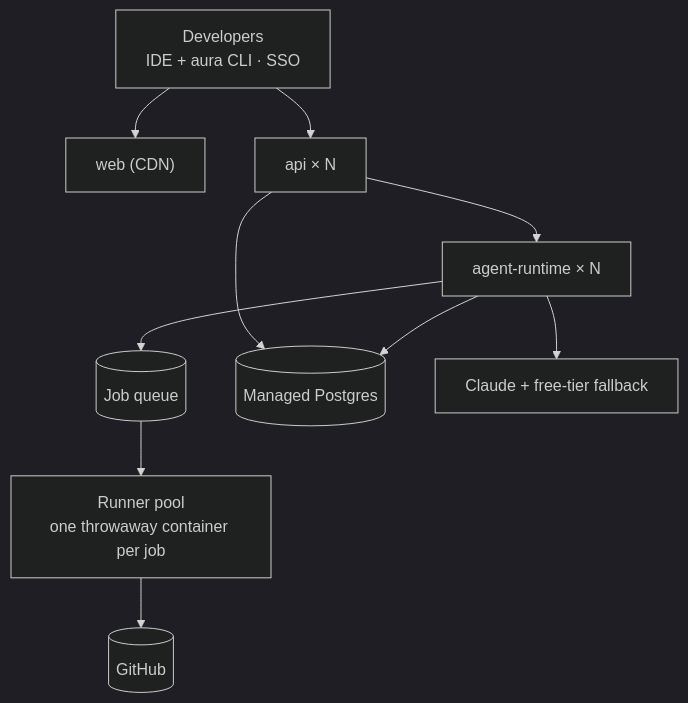
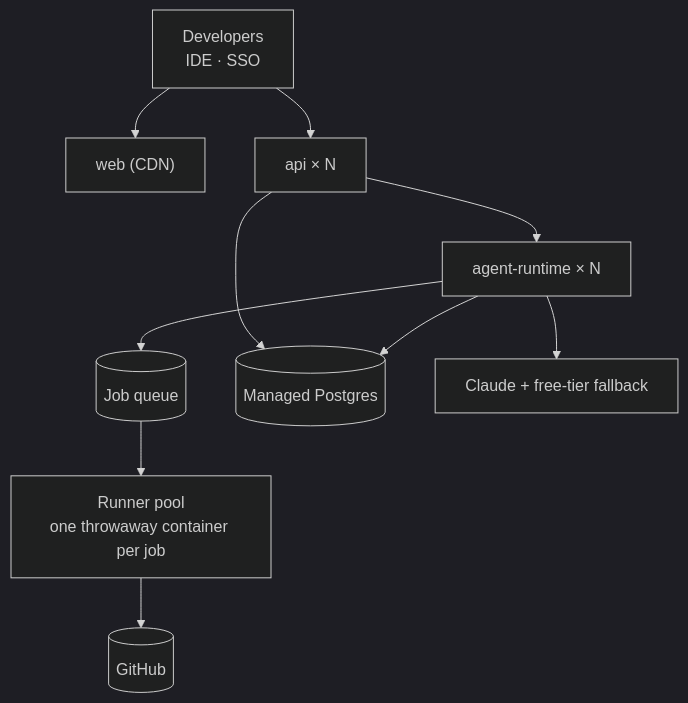
The first of 2 diagrams in docs/adr/0002-team-scale-deployment.md (HasithaErandika/aura), drawn with Mermaid (dark theme) before and after one commit. The commit also changed 27 other files, not shown here.

First line of the commit message:
feat: runtime state in Postgres (Part B); remove the aura CLI

````diff
--- a/docs/adr/0002-team-scale-deployment.md
+++ b/docs/adr/0002-team-scale-deployment.md
@@ -21,12 +21,12 @@
 ```mermaid
 flowchart TD
-    DEVS["Developers<br/>IDE + aura CLI · SSO"] --> WEB["web (CDN)"]
+    DEVS["Developers<br/>IDE · SSO"] --> WEB["web (CDN)"]
     DEVS --> API["api × N"]
     API --> RT["agent-runtime × N"]
     RT --> Q[("Job queue")]
     Q --> RUN["Runner pool<br/>one throwaway container per job"]
     RUN --> GIT[("GitHub")]
     API --> PG[("Managed Postgres")]
     RT --> PG
     RT --> LLM["Claude + free-tier fallback"]
 ```
````
